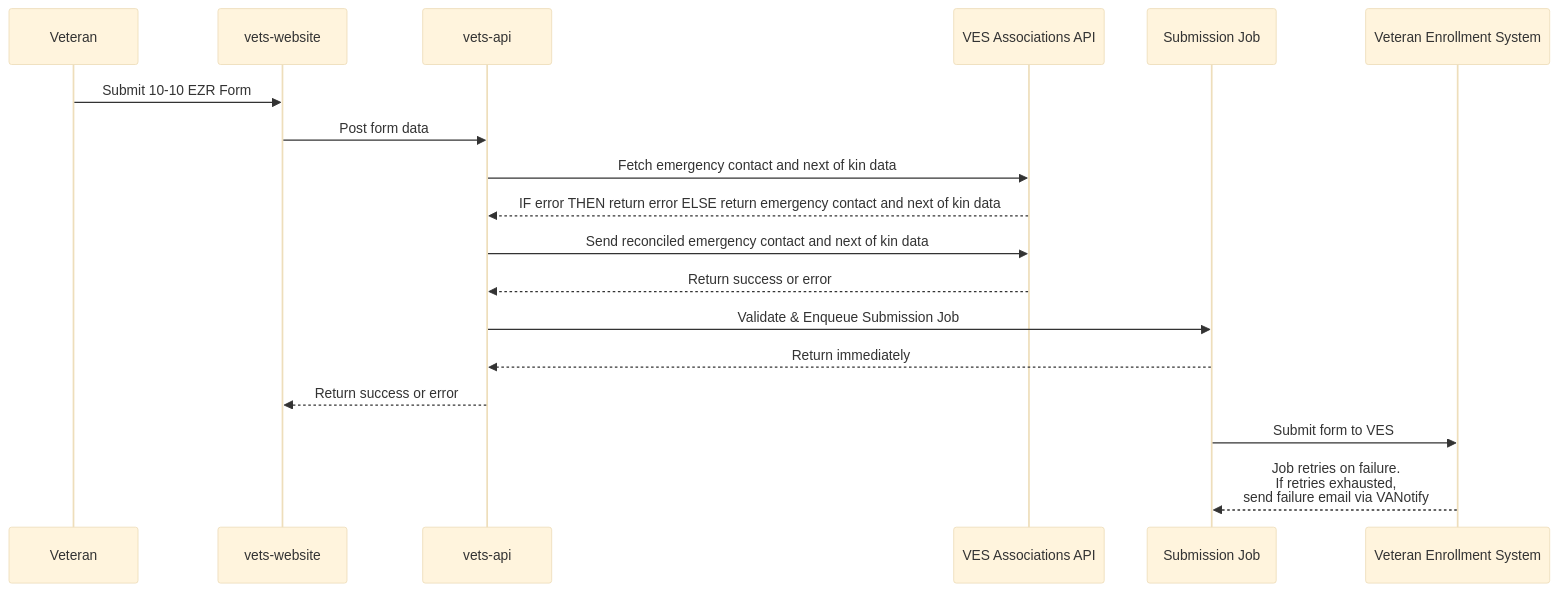
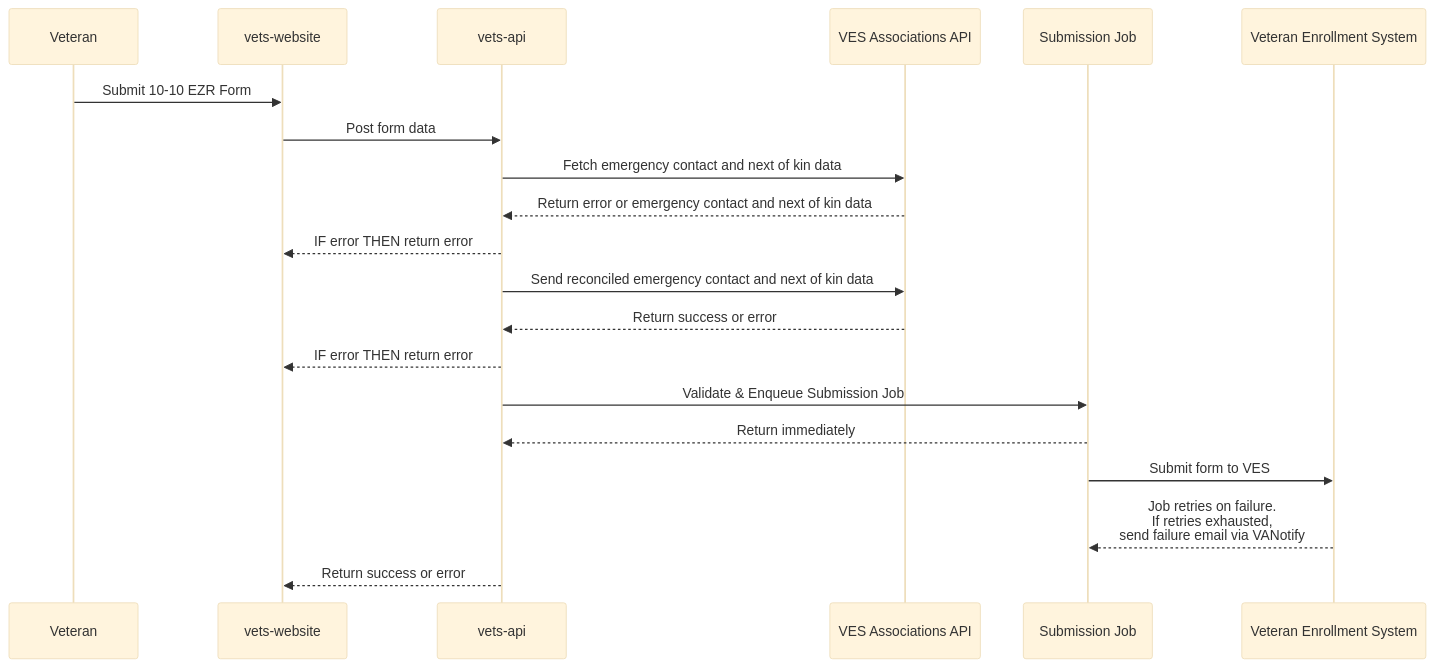
Before and after one commit to department-of-veterans-affairs/va.gov-team: the second of 2 diagrams in products/health-care/application/health-update-form/Engineering/Architecture Diagram.md, drawn with Mermaid (base theme). The commit also changed other lines of this file, not shown here.

Commit message:
Update Architecture Diagram.md

````diff
--- a/products/health-care/application/health-update-form/Engineering/Architecture Diagram.md
+++ b/products/health-care/application/health-update-form/Engineering/Architecture Diagram.md
@@ -23,22 +20,23 @@
 ```mermaid
 sequenceDiagram
     participant Veteran
     participant Frontend as vets-website
     participant Backend as vets-api
     participant Associations as VES Associations API
     participant Job as Submission Job
     participant VES as Veteran Enrollment System
 
     Veteran->>Frontend: Submit 10-10 EZR Form
     Frontend->>Backend: Post form data
     Backend->>Associations: Fetch emergency contact and next of kin data
-    Associations-->>Backend: IF error THEN return error ELSE return emergency contact and next of kin data
+    Associations-->>Backend: Return error or emergency contact and next of kin data
+    Backend-->>Frontend: IF error THEN return error
     Backend->>Associations: Send reconciled emergency contact and next of kin data
     Associations-->>Backend: Return success or error
+    Backend-->>Frontend: IF error THEN return error
     Backend->>Job: Validate & Enqueue Submission Job
     Job-->>Backend: Return immediately
-    Backend-->>Frontend: Return success or error
-
     Job->>VES: Submit form to VES
     VES-->>Job: Job retries on failure.<br/>If retries exhausted,<br/>send failure email via VANotify
+    Backend-->>Frontend: Return success or error
 ```
````
